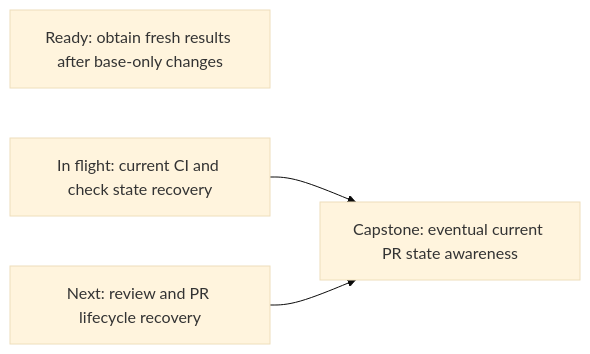
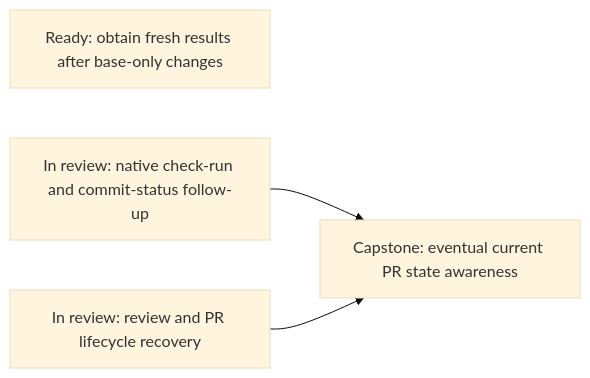
Before and after one commit to agentydragon-agent/ducktape: the fifth of 20 diagrams in agentplane/plans/task_dag.md, drawn with Mermaid (base theme). The commit also changed other lines of this file and 40 other files, not shown here.

````diff
--- a/agentplane/plans/task_dag.md
+++ b/agentplane/plans/task_dag.md
@@ -248,9 +248,9 @@
 ```mermaid
 flowchart LR
     GITHUB_MERGEABILITY_FRESHNESS[Ready: obtain fresh results after base-only changes]
-    GITHUB_CI_RECOVERY[In flight: current CI and check state recovery]
-    GITHUB_REVIEW_LIFECYCLE_RECOVERY[Next: review and PR lifecycle recovery]
+    GITHUB_CI_RECOVERY[In review: native check-run and commit-status follow-up]
+    GITHUB_REVIEW_LIFECYCLE_RECOVERY[In review: review and PR lifecycle recovery]
     GITHUB_NOTIFICATION_RECOVERY[Capstone: eventual current PR state awareness]
     GITHUB_CI_RECOVERY --> GITHUB_NOTIFICATION_RECOVERY
     GITHUB_REVIEW_LIFECYCLE_RECOVERY --> GITHUB_NOTIFICATION_RECOVERY
 ```
````
